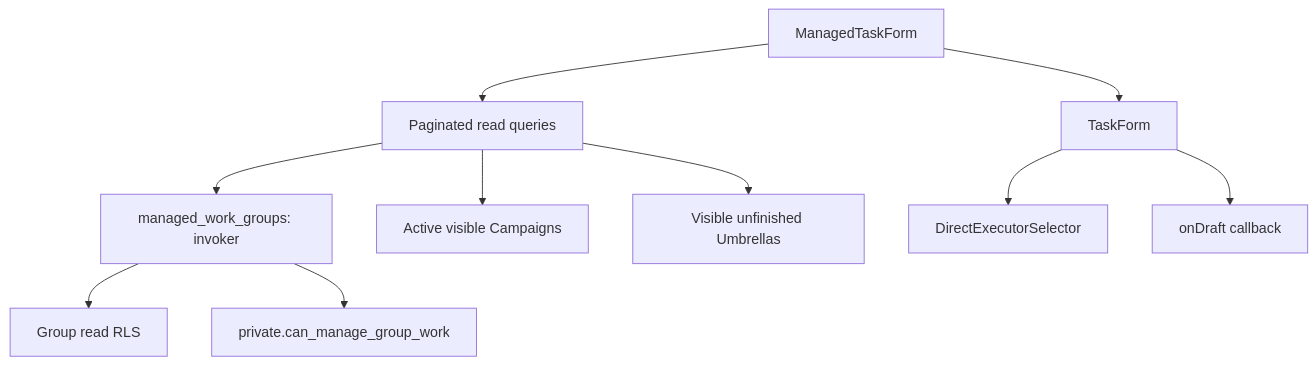
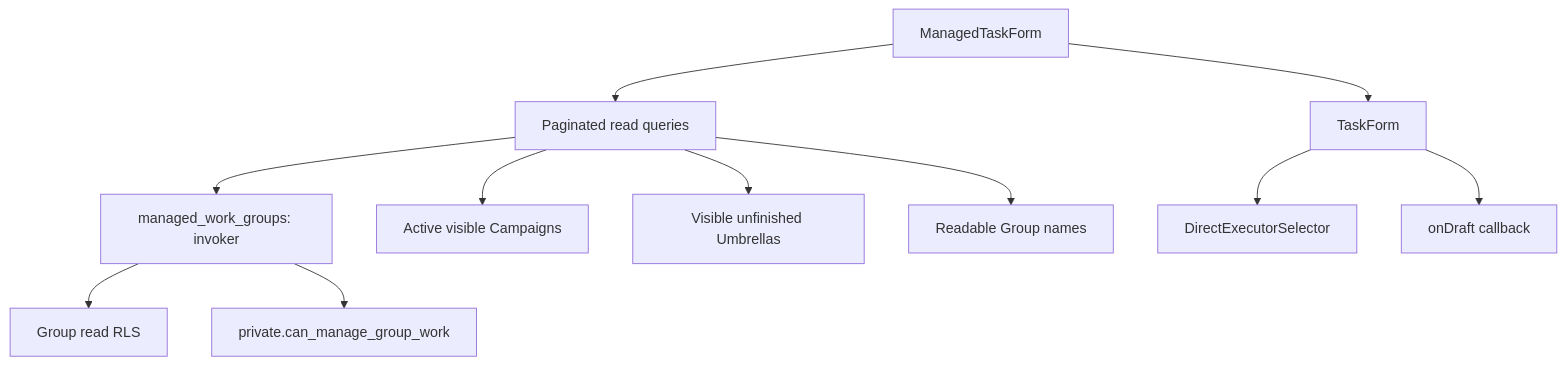
The diagram in docs/review/180/README.md (Alex-Bancila/osubb-app), drawn with Mermaid before and after one commit. The commit also changed other lines of this file and 10 other files, not shown here.

````diff
--- a/docs/review/180/README.md
+++ b/docs/review/180/README.md
@@ -11,12 +12,13 @@
 ```mermaid
 flowchart TD
   Wrapper[ManagedTaskForm] --> Reads[Paginated read queries]
   Reads --> RPC[managed_work_groups: invoker]
   RPC --> RLS[Group read RLS]
   RPC --> Authority[private.can_manage_group_work]
   Reads --> Campaigns[Active visible Campaigns]
   Reads --> Parents[Visible unfinished Umbrellas]
+  Reads --> Names[Readable Group names]
   Wrapper --> Form[TaskForm]
   Form --> Executor[DirectExecutorSelector]
   Form --> Draft[onDraft callback]
 ```
````
